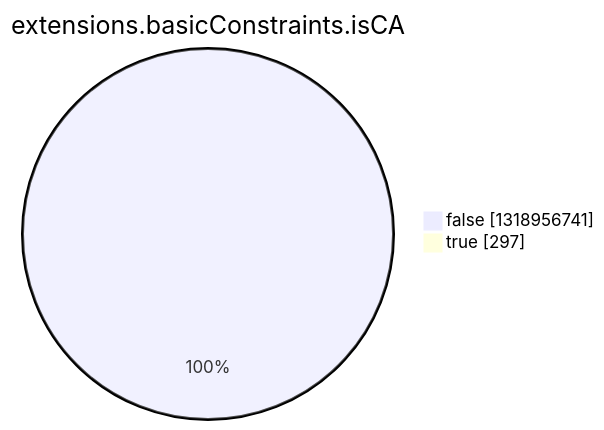
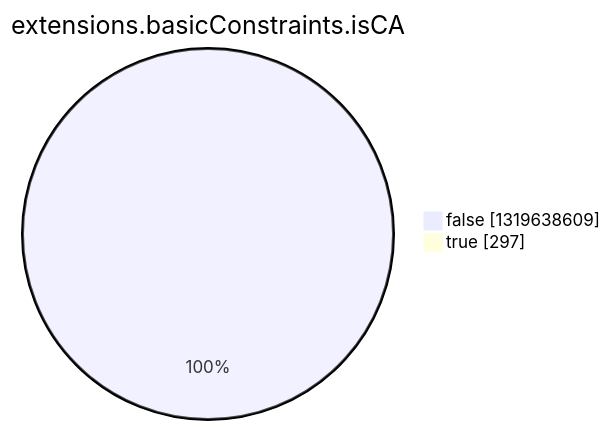
Before and after one commit to christiankrug/ctmonitor_visualization: the eighth of 15 diagrams in argon2022/README.md, drawn with Mermaid. The commit also changed other lines of this file, not shown here.

````diff
--- a/argon2022/README.md
+++ b/argon2022/README.md
@@ -2758,6 +2758,6 @@
 ```mermaid
 pie showData
 title extensions.basicConstraints.isCA
-"false" :1318956741
+"false" :1319638609
 "true" :297
 ```
````
